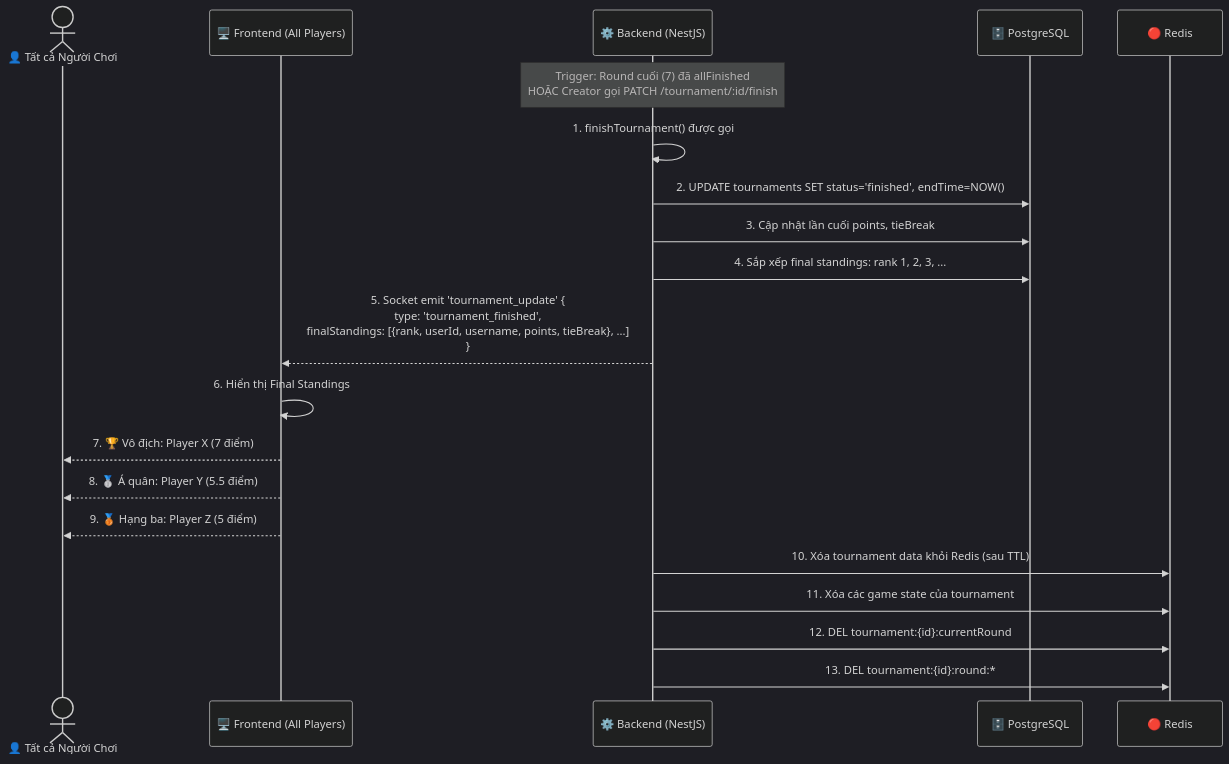
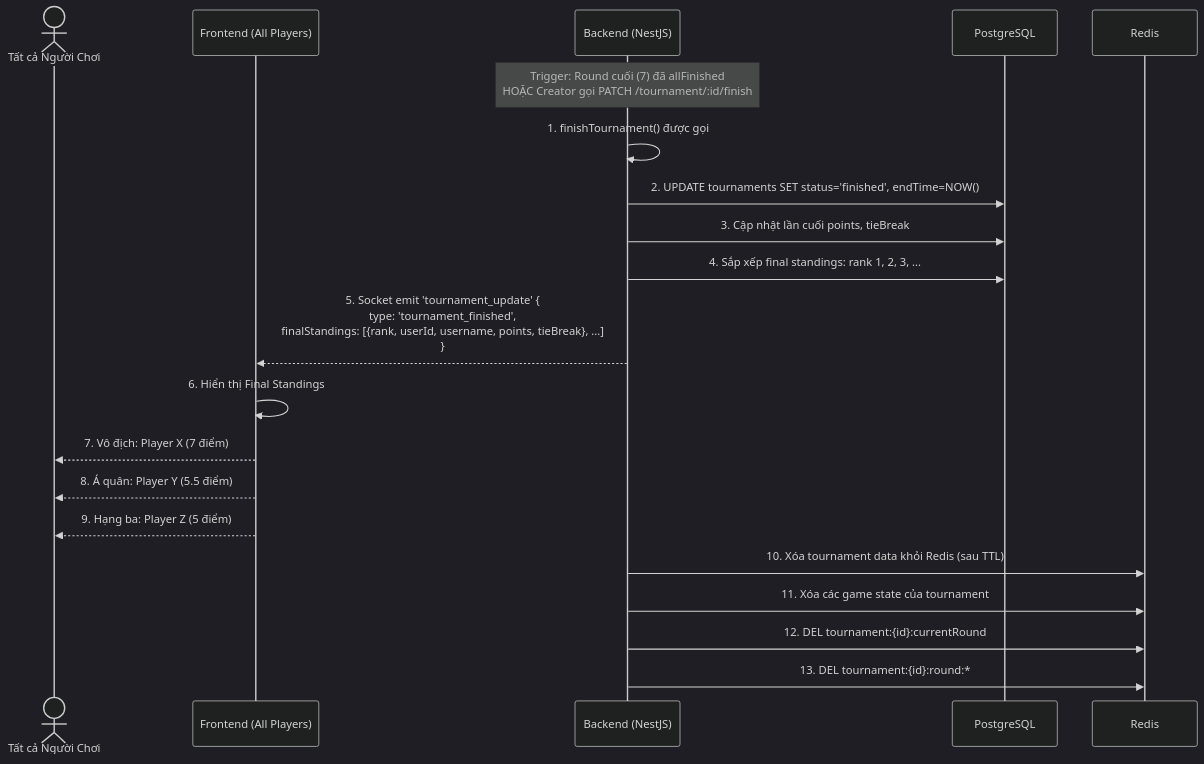
Before and after one commit to legiabao0907/web-chess-real-time: diagram 15 of 22 in docs/sequence-diagrams.md, drawn with Mermaid (dark theme). The commit also changed other lines of this file, not shown here.

````diff
--- a/docs/sequence-diagrams.md
+++ b/docs/sequence-diagrams.md
@@ -708,27 +708,27 @@
 ```mermaid
 sequenceDiagram
-    actor AllPlayers as 👤 Tất cả Người Chơi
-    participant FE as 🖥️ Frontend (All Players)
-    participant BE as ⚙️ Backend (NestJS)
-    participant PG as 🗄️ PostgreSQL
-    participant Redis as 🔴 Redis
+ actor AllPlayers as Tất cả Người Chơi
+ participant FE as Frontend (All Players)
+ participant BE as Backend (NestJS)
+ participant PG as PostgreSQL
+ participant Redis as Redis
 
-    Note over BE: Trigger: Round cuối (7) đã allFinished<br/>HOẶC Creator gọi PATCH /tournament/:id/finish
+ Note over BE: Trigger: Round cuối (7) đã allFinished<br/>HOẶC Creator gọi PATCH /tournament/:id/finish
 
-    BE->>BE: 1. finishTournament() được gọi
-    BE->>PG: 2. UPDATE tournaments SET status='finished', endTime=NOW()
-    BE->>PG: 3. Cập nhật lần cuối points, tieBreak
-    BE->>PG: 4. Sắp xếp final standings: rank 1, 2, 3, ...
+ BE->>BE: 1. finishTournament() được gọi
+ BE->>PG: 2. UPDATE tournaments SET status='finished', endTime=NOW()
+ BE->>PG: 3. Cập nhật lần cuối points, tieBreak
+ BE->>PG: 4. Sắp xếp final standings: rank 1, 2, 3, ...
 
-    BE-->>FE: 5. Socket emit 'tournament_update' {<br/>  type: 'tournament_finished',<br/>  finalStandings: [{rank, userId, username, points, tieBreak}, ...]<br/>}
+ BE-->>FE: 5. Socket emit 'tournament_update' {<br/> type: 'tournament_finished',<br/> finalStandings: [{rank, userId, username, points, tieBreak}, ...]<br/>}
 
-    FE->>FE: 6. Hiển thị Final Standings
-    FE-->>AllPlayers: 7. 🏆 Vô địch: Player X (7 điểm)
-    FE-->>AllPlayers: 8. 🥈 Á quân: Player Y (5.5 điểm)
-    FE-->>AllPlayers: 9. 🥉 Hạng ba: Player Z (5 điểm)
+ FE->>FE: 6. Hiển thị Final Standings
+ FE-->>AllPlayers: 7. Vô địch: Player X (7 điểm)
+ FE-->>AllPlayers: 8. Á quân: Player Y (5.5 điểm)
+ FE-->>AllPlayers: 9. Hạng ba: Player Z (5 điểm)
 
-    BE->>Redis: 10. Xóa tournament data khỏi Redis (sau TTL)
-    BE->>Redis: 11. Xóa các game state của tournament
-    BE->>Redis: 12. DEL tournament:{id}:currentRound
-    BE->>Redis: 13. DEL tournament:{id}:round:*
+ BE->>Redis: 10. Xóa tournament data khỏi Redis (sau TTL)
+ BE->>Redis: 11. Xóa các game state của tournament
+ BE->>Redis: 12. DEL tournament:{id}:currentRound
+ BE->>Redis: 13. DEL tournament:{id}:round:*
 ```
````
